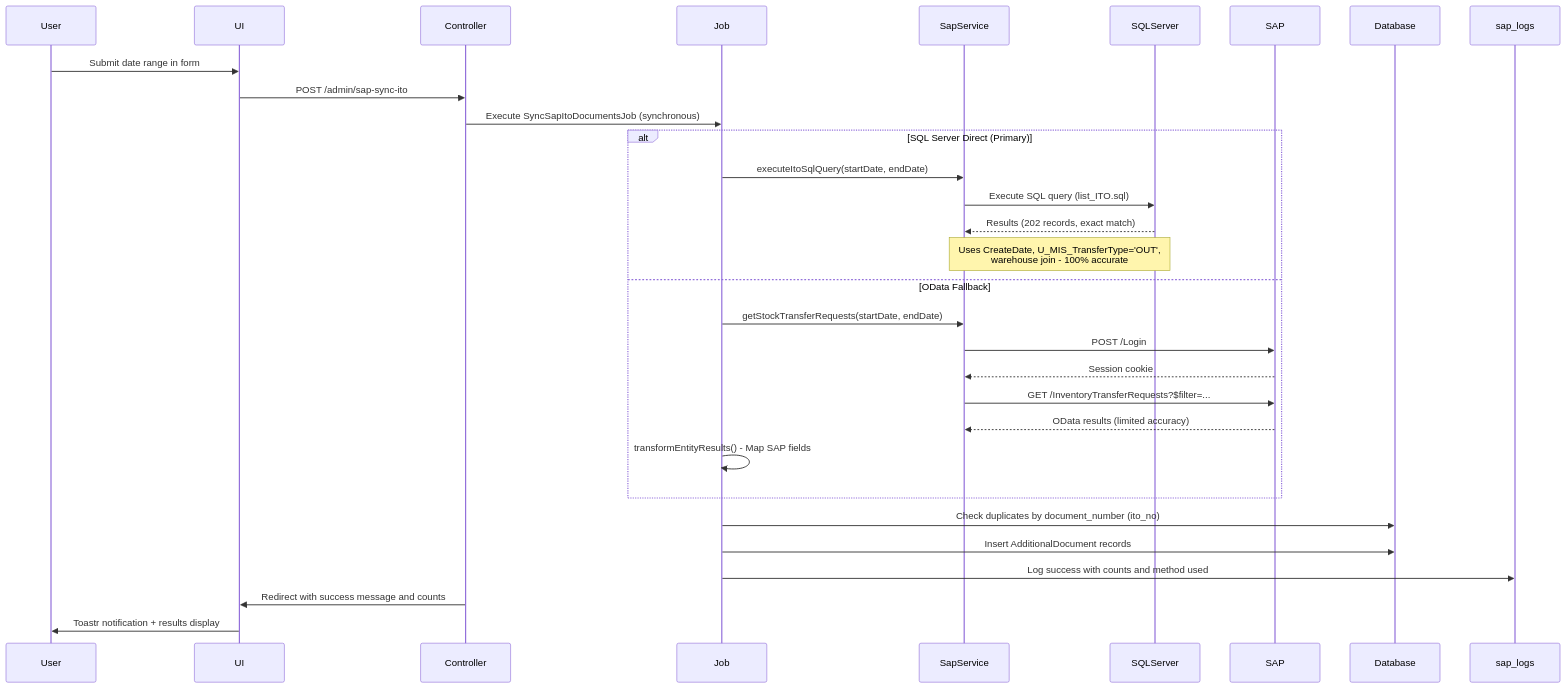
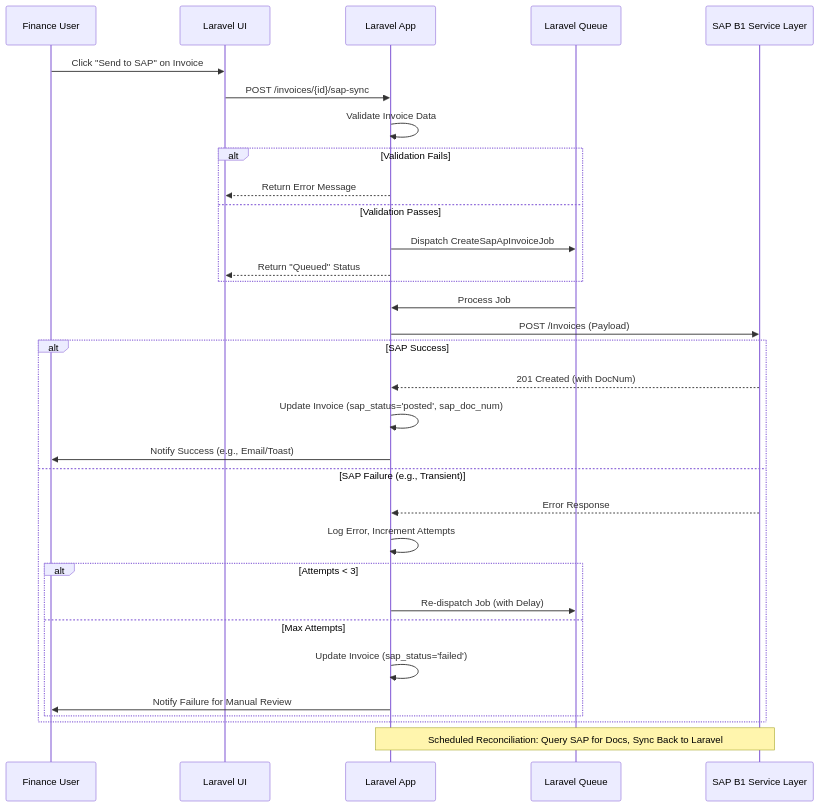
Before and after one commit to rachmanj/dds-laravel: the third of 3 diagrams in docs/architecture.md, drawn with Mermaid. The commit also changed other lines of this file and 11 other files, not shown here.

````diff
--- a/docs/architecture.md
+++ b/docs/architecture.md
@@ -2381,26 +2397,37 @@
 ```mermaid
 sequenceDiagram
-    User->>UI: Submit date range in form
-    UI->>Controller: POST /admin/sap-sync-ito
-    Controller->>Job: Execute SyncSapItoDocumentsJob (synchronous)
-    
-    alt SQL Server Direct (Primary)
-        Job->>SapService: executeItoSqlQuery(startDate, endDate)
-        SapService->>SQLServer: Execute SQL query (list_ITO.sql)
-        SQLServer-->>SapService: Results (202 records, exact match)
-        Note over SapService,SQLServer: Uses CreateDate, U_MIS_TransferType='OUT',<br/>warehouse join - 100% accurate
-    else OData Fallback
-        Job->>SapService: getStockTransferRequests(startDate, endDate)
-        SapService->>SAP: POST /Login
-        SAP-->>SapService: Session cookie
-        SapService->>SAP: GET /InventoryTransferRequests?$filter=...
-        SAP-->>SapService: OData results (limited accuracy)
-        Job->>Job: transformEntityResults() - Map SAP fields
+    participant User as Finance User
+    participant LaravelUI as Laravel UI
+    participant LaravelApp as Laravel App
+    participant Queue as Laravel Queue
+    participant SAP as SAP B1 Service Layer
+
+    User->>LaravelUI: Click "Send to SAP" on Invoice
+    LaravelUI->>LaravelApp: POST /invoices/{id}/sap-sync
+    LaravelApp->>LaravelApp: Validate Invoice Data
+    alt Validation Fails
+        LaravelApp-->>LaravelUI: Return Error Message
+    else Validation Passes
+        LaravelApp->>Queue: Dispatch CreateSapApInvoiceJob
+        LaravelApp-->>LaravelUI: Return "Queued" Status
     end
-    
-    Job->>Database: Check duplicates by document_number (ito_no)
-    Job->>Database: Insert AdditionalDocument records
-    Job->>sap_logs: Log success with counts and method used
-    Controller->>UI: Redirect with success message and counts
-    UI->>User: Toastr notification + results display
+
+    Queue->>LaravelApp: Process Job
+    LaravelApp->>SAP: POST /Invoices (Payload)
+    alt SAP Success
+        SAP-->>LaravelApp: 201 Created (with DocNum)
+        LaravelApp->>LaravelApp: Update Invoice (sap_status='posted', sap_doc_num)
+        LaravelApp->>User: Notify Success (e.g., Email/Toast)
+    else SAP Failure (e.g., Transient)
+        SAP-->>LaravelApp: Error Response
+        LaravelApp->>LaravelApp: Log Error, Increment Attempts
+        alt Attempts < 3
+            LaravelApp->>Queue: Re-dispatch Job (with Delay)
+        else Max Attempts
+            LaravelApp->>LaravelApp: Update Invoice (sap_status='failed')
+            LaravelApp->>User: Notify Failure for Manual Review
+        end
+    end
+
+    Note over LaravelApp,SAP: Scheduled Reconciliation: Query SAP for Docs, Sync Back to Laravel
 ```
````
